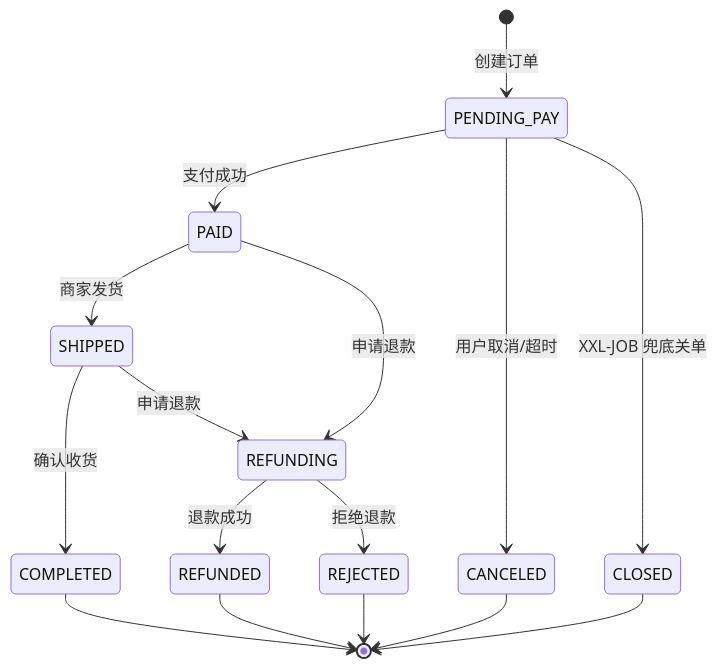
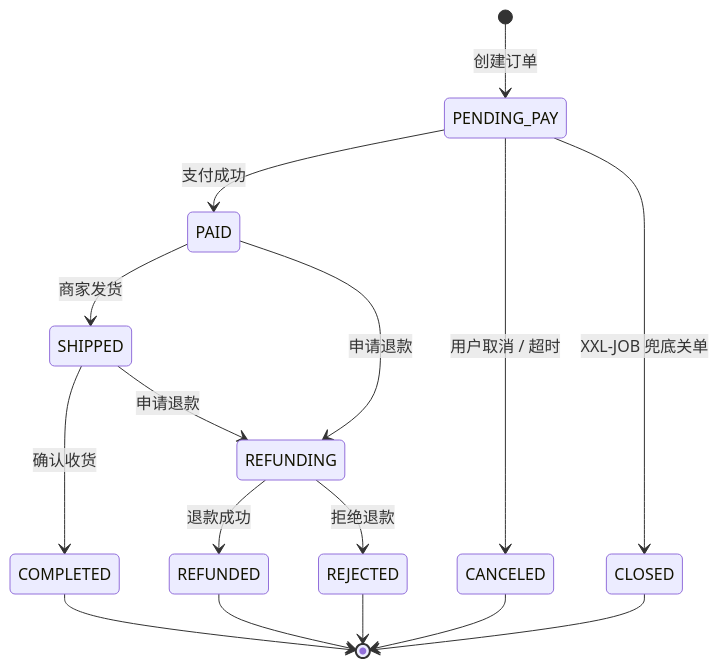
Before and after one commit to FranXx827/personal: the third of 6 diagrams in README.md, drawn with Mermaid. The commit also changed other lines of this file and 1 other file, not shown here.

Commit message:
全面优化 README 文档架构图和内容说明

````diff
--- a/README.md
+++ b/README.md
@@ -113,18 +104,18 @@
 ```mermaid
 stateDiagram-v2
     [*] --> PENDING_PAY: 创建订单
     PENDING_PAY --> PAID: 支付成功
-    PENDING_PAY --> CANCELED: 用户取消/超时
+    PENDING_PAY --> CANCELED: 用户取消 / 超时
     PENDING_PAY --> CLOSED: XXL-JOB 兜底关单
     PAID --> SHIPPED: 商家发货
     PAID --> REFUNDING: 申请退款
     SHIPPED --> COMPLETED: 确认收货
     SHIPPED --> REFUNDING: 申请退款
     REFUNDING --> REFUNDED: 退款成功
     REFUNDING --> REJECTED: 拒绝退款
     COMPLETED --> [*]
     CANCELED --> [*]
     CLOSED --> [*]
     REFUNDED --> [*]
     REJECTED --> [*]
 ```
````
